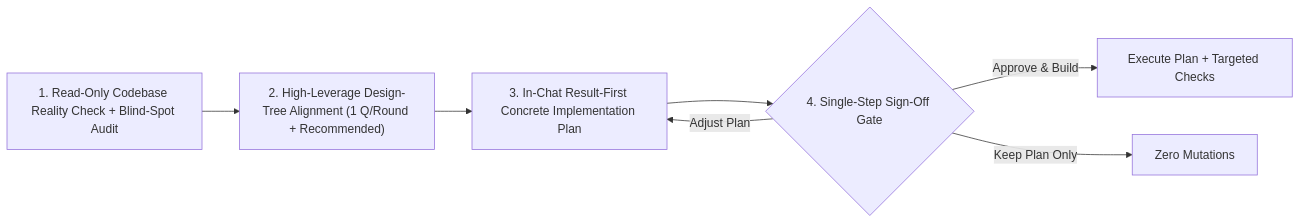
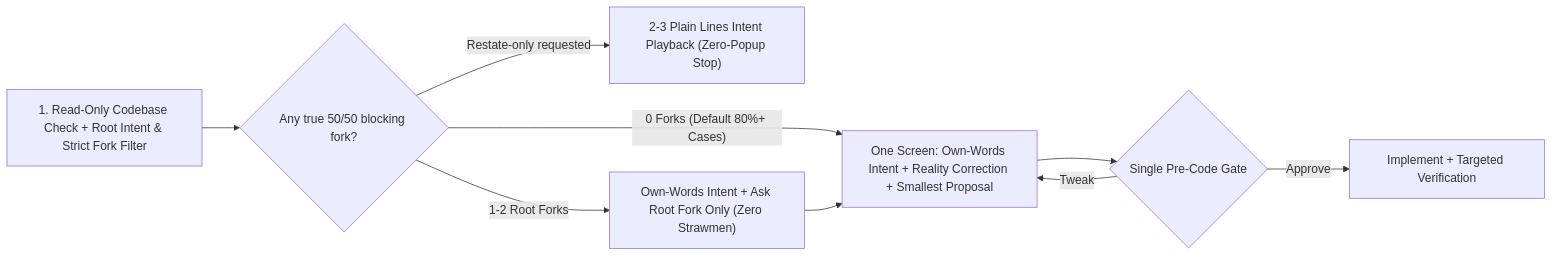
Before and after one commit to lastxuanain/ainward-skills: the diagram in skills/plan-review/README.md, drawn with Mermaid. The commit also changed other lines of this file and 4 other files, not shown here.

Commit message:
feat: refactor plan-review to proposal-first v2.0 with own-words intent playback

````diff
--- a/skills/plan-review/README.md
+++ b/skills/plan-review/README.md
@@ -29,9 +29,11 @@
 ```mermaid
 flowchart LR
-    A["1. Read-Only Codebase Reality Check + Blind-Spot Audit"] --> B["2. High-Leverage Design-Tree Alignment (1 Q/Round + Recommended)"]
-    B --> C["3. In-Chat Result-First Concrete Implementation Plan"]
-    C --> D{"4. Single-Step Sign-Off Gate"}
-    D -- "Adjust Plan" --> C
-    D -- "Approve & Build" --> E["Execute Plan + Targeted Checks"]
-    D -- "Keep Plan Only" --> F["Zero Mutations"]
+    A["1. Read-Only Codebase Check + Root Intent & Strict Fork Filter"] --> B{"Any true 50/50 blocking fork?"}
+    B -- "Restate-only requested" --> G["2-3 Plain Lines Intent Playback (Zero-Popup Stop)"]
+    B -- "0 Forks (Default 80%+ Cases)" --> C["One Screen: Own-Words Intent + Reality Correction + Smallest Proposal"]
+    B -- "1-2 Root Forks" --> D["Own-Words Intent + Ask Root Fork Only (Zero Strawmen)"]
+    D --> C
+    C --> E{"Single Pre-Code Gate"}
+    E -- "Approve" --> F["Implement + Targeted Verification"]
+    E -- "Tweak" --> C
 ```
````
